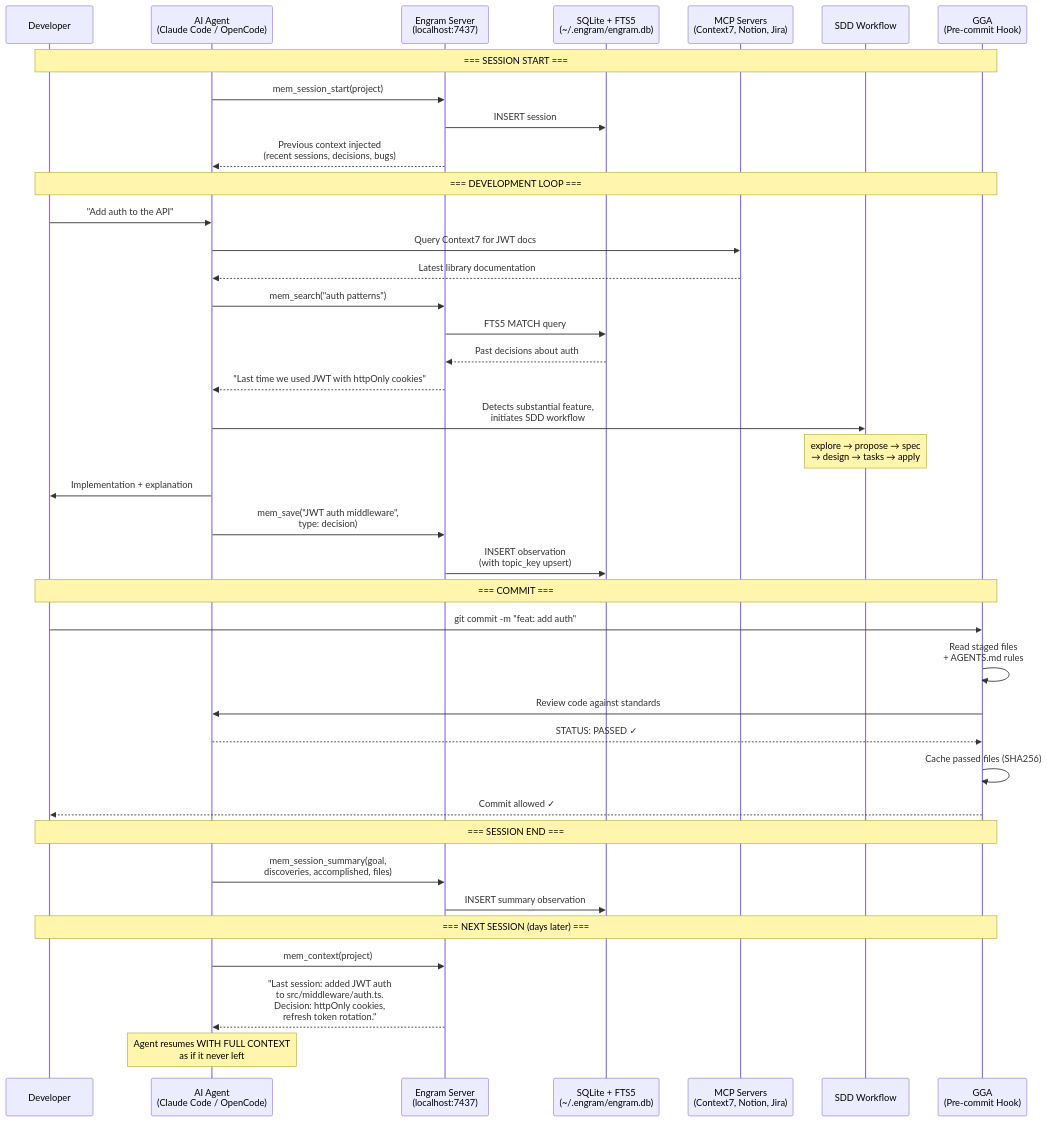
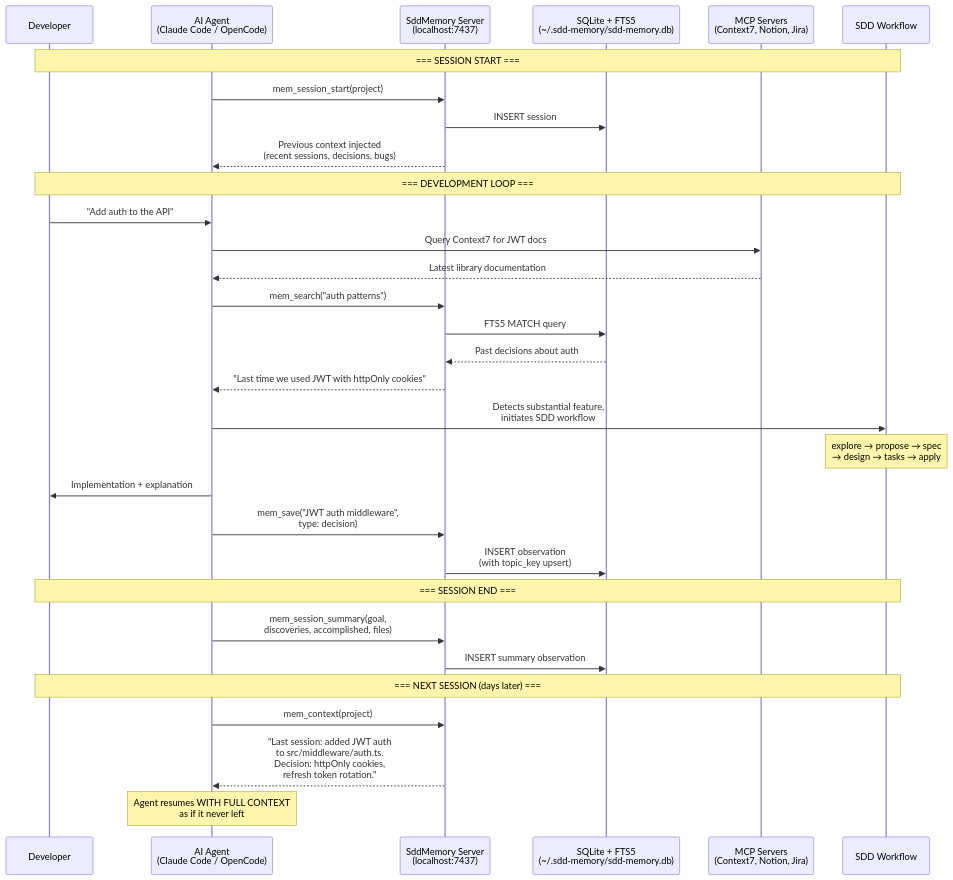
One commit to KevG1t/SpecAI changed the fifth of 7 diagrams in PRD.md. Above: the diagram before and after it, drawn with Mermaid. The commit also changed other lines of this file and 475 other files, not shown here.

````diff
--- a/PRD.md
+++ b/PRD.md
@@ -880,54 +811,44 @@
 ```mermaid
 sequenceDiagram
     participant Dev as Developer
     participant Agent as AI Agent<br/>(Claude Code / OpenCode)
-    participant Engram as Engram Server<br/>(localhost:7437)
-    participant DB as SQLite + FTS5<br/>(~/.engram/engram.db)
+    participant SddMemory as SddMemory Server<br/>(localhost:7437)
+    participant DB as SQLite + FTS5<br/>(~/.sdd-memory/sdd-memory.db)
     participant MCP as MCP Servers<br/>(Context7, Notion, Jira)
     participant SDD as SDD Workflow
-    participant GGA as GGA<br/>(Pre-commit Hook)
 
-    Note over Dev,GGA: === SESSION START ===
+    Note over Dev,SDD: === SESSION START ===
 
-    Agent->>Engram: mem_session_start(project)
-    Engram->>DB: INSERT session
-    Engram-->>Agent: Previous context injected<br/>(recent sessions, decisions, bugs)
+    Agent->>SddMemory: mem_session_start(project)
+    SddMemory->>DB: INSERT session
+    SddMemory-->>Agent: Previous context injected<br/>(recent sessions, decisions, bugs)
 
-    Note over Dev,GGA: === DEVELOPMENT LOOP ===
+    Note over Dev,SDD: === DEVELOPMENT LOOP ===
 
     Dev->>Agent: "Add auth to the API"
     Agent->>MCP: Query Context7 for JWT docs
     MCP-->>Agent: Latest library documentation
-    Agent->>Engram: mem_search("auth patterns")
-    Engram->>DB: FTS5 MATCH query
-    DB-->>Engram: Past decisions about auth
-    Engram-->>Agent: "Last time we used JWT with httpOnly cookies"
+    Agent->>SddMemory: mem_search("auth patterns")
+    SddMemory->>DB: FTS5 MATCH query
+    DB-->>SddMemory: Past decisions about auth
+    SddMemory-->>Agent: "Last time we used JWT with httpOnly cookies"
 
     Agent->>SDD: Detects substantial feature,<br/>initiates SDD workflow
     Note over SDD: explore → propose → spec<br/>→ design → tasks → apply
 
     Agent->>Dev: Implementation + explanation
 
-    Agent->>Engram: mem_save("JWT auth middleware",<br/>type: decision)
-    Engram->>DB: INSERT observation<br/>(with topic_key upsert)
+    Agent->>SddMemory: mem_save("JWT auth middleware",<br/>type: decision)
+    SddMemory->>DB: INSERT observation<br/>(with topic_key upsert)
 
-    Note over Dev,GGA: === COMMIT ===
+    Note over Dev,SDD: === SESSION END ===
 
-    Dev->>GGA: git commit -m "feat: add auth"
-    GGA->>GGA: Read staged files<br/>+ AGENTS.md rules
-    GGA->>Agent: Review code against standards
-    Agent-->>GGA: STATUS: PASSED ✓
-    GGA->>GGA: Cache passed files (SHA256)
-    GGA-->>Dev: Commit allowed ✓
+    Agent->>SddMemory: mem_session_summary(goal,<br/>discoveries, accomplished, files)
+    SddMemory->>DB: INSERT summary observation
 
-    Note over Dev,GGA: === SESSION END ===
+    Note over Dev,SDD: === NEXT SESSION (days later) ===
 
-    Agent->>Engram: mem_session_summary(goal,<br/>discoveries, accomplished, files)
-    Engram->>DB: INSERT summary observation
-
-    Note over Dev,GGA: === NEXT SESSION (days later) ===
-
-    Agent->>Engram: mem_context(project)
-    Engram-->>Agent: "Last session: added JWT auth<br/>to src/middleware/auth.ts.<br/>Decision: httpOnly cookies,<br/>refresh token rotation."
+    Agent->>SddMemory: mem_context(project)
+    SddMemory-->>Agent: "Last session: added JWT auth<br/>to src/middleware/auth.ts.<br/>Decision: httpOnly cookies,<br/>refresh token rotation."
     Note over Agent: Agent resumes WITH FULL CONTEXT<br/>as if it never left
 ```
````
